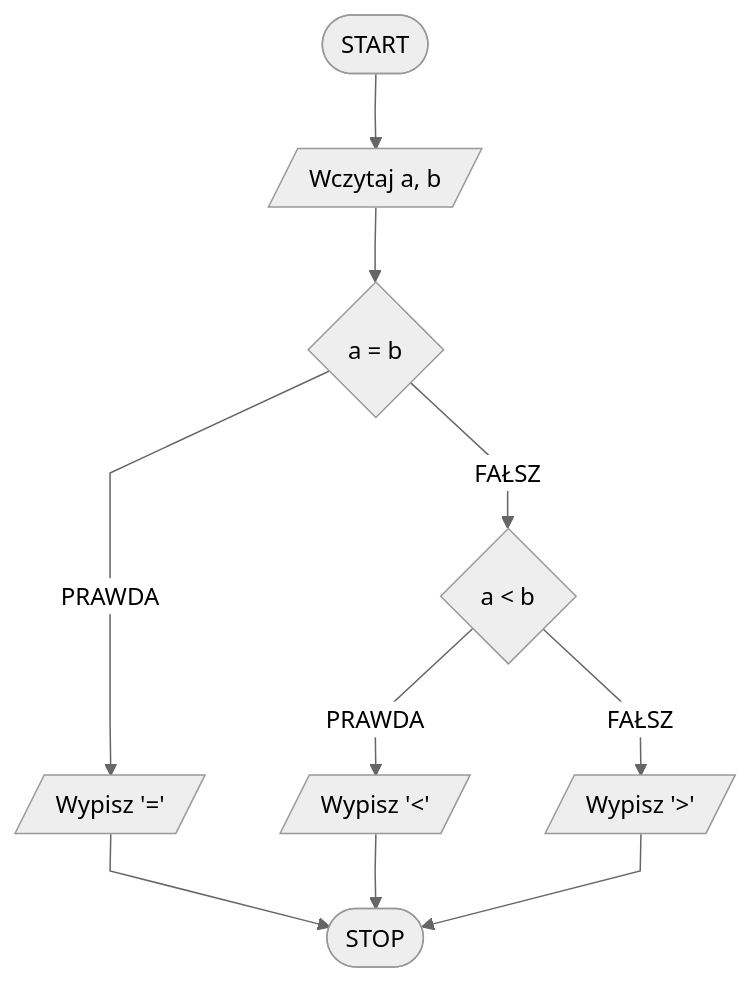
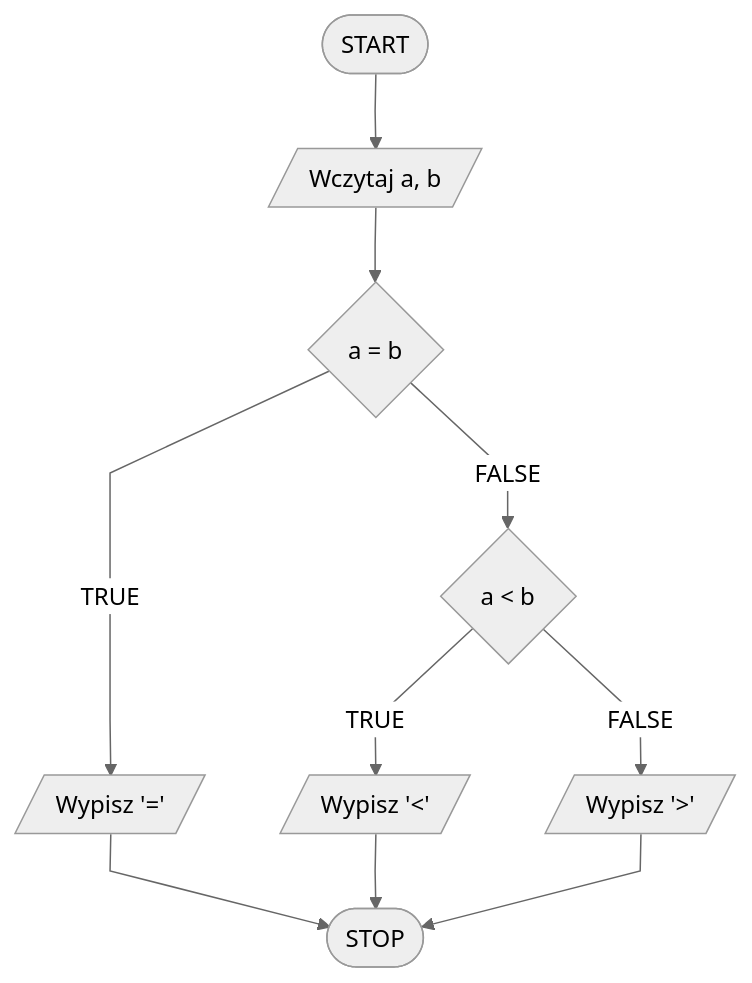
One commit to blackbat13/edu-cs-htiew-en changed the diagram in docs/algorithmic-exercises/level-0/compare-integers/block-diagram.md. Above: the diagram before and after it, drawn with Mermaid. The commit also changed 682 other files, not shown here.

````diff
--- a/docs/algorithmic-exercises/level-0/compare-integers/block-diagram.md
+++ b/docs/algorithmic-exercises/level-0/compare-integers/block-diagram.md
@@ -3,13 +3,13 @@
 ```mermaid
 %%{init: {"flowchart": {"curve": "linear"}, "theme": "neutral"} }%%
 flowchart TD
     START([START]) --> K1[/Wczytaj a, b/]
     K1 --> K2{a = b}
-    K2 -- PRAWDA --> K3[/Wypisz '='/]
-    K2 -- FAŁSZ --> K4{a < b}
-    K4 -- PRAWDA --> K5[/Wypisz '<'/]
-    K4 -- FAŁSZ --> K7[/Wypisz '>'/]
+    K2 -- TRUE --> K3[/Wypisz '='/]
+    K2 -- FALSE --> K4{a < b}
+    K4 -- TRUE --> K5[/Wypisz '<'/]
+    K4 -- FALSE --> K7[/Wypisz '>'/]
     K3 --> STOP([STOP])
     K5 --> STOP
     K7 --> STOP 
 ```
````
